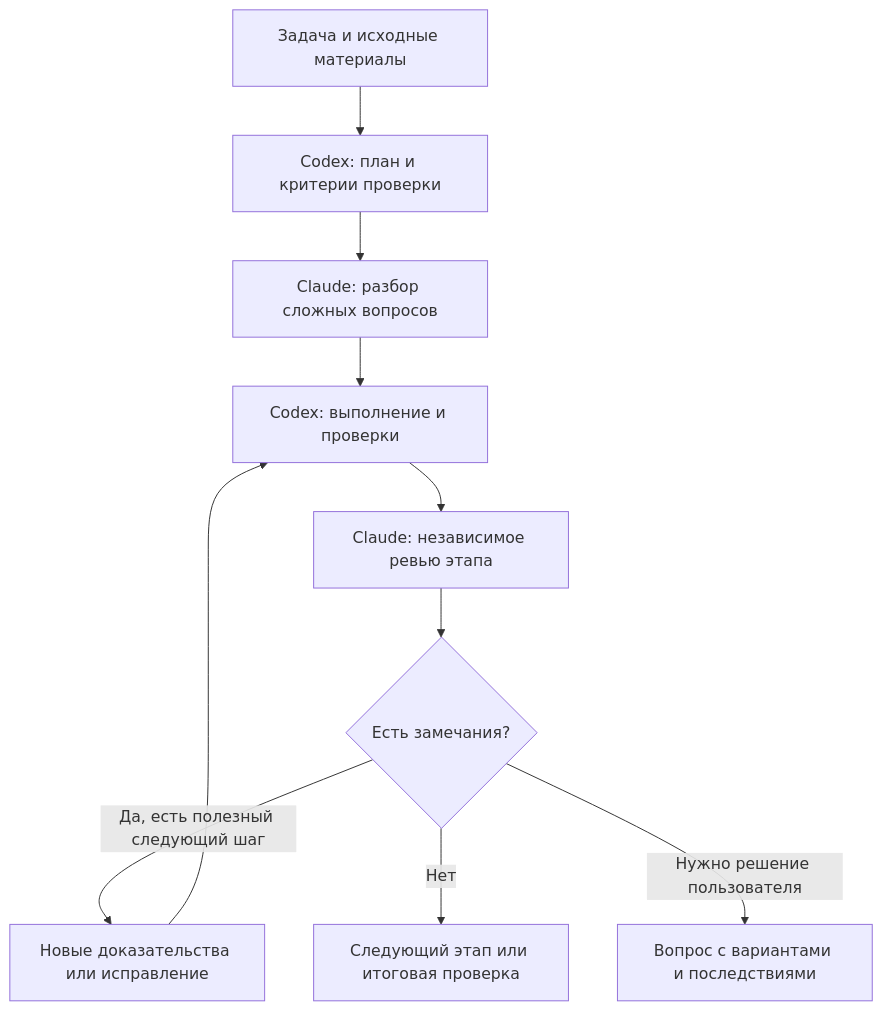
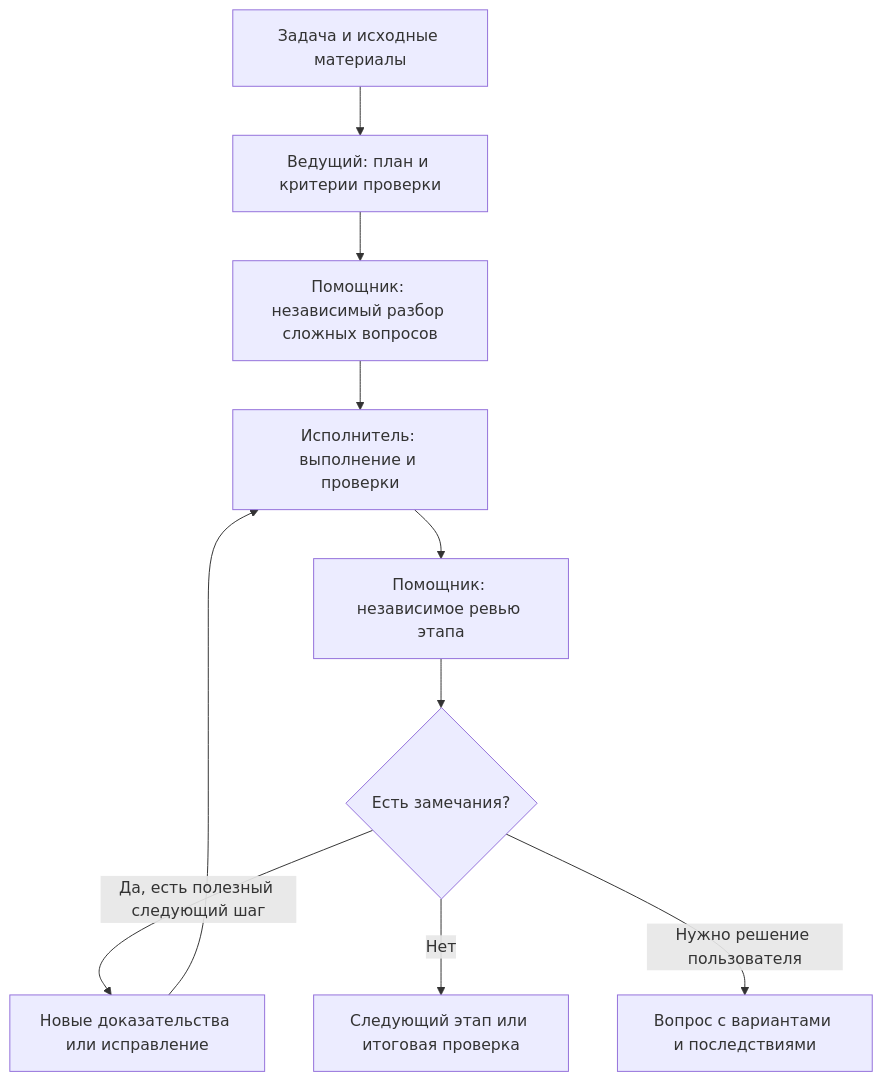
The diagram in README.md (ghYuriy/codex-claude-council), drawn with Mermaid before and after one commit. The commit also changed other lines of this file and 21 other files, not shown here.

````diff
--- a/README.md
+++ b/README.md
@@ -112,12 +112,12 @@
 ```mermaid
 flowchart TD
-    A[Задача и исходные материалы] --> B[Codex: план и критерии проверки]
-    B --> C[Claude: разбор сложных вопросов]
-    C --> D[Codex: выполнение и проверки]
-    D --> E[Claude: независимое ревью этапа]
+    A[Задача и исходные материалы] --> B[Ведущий: план и критерии проверки]
+    B --> C[Помощник: независимый разбор сложных вопросов]
+    C --> D[Исполнитель: выполнение и проверки]
+    D --> E[Помощник: независимое ревью этапа]
     E --> F{Есть замечания?}
     F -->|Да, есть полезный следующий шаг| G[Новые доказательства или исправление]
     G --> D
     F -->|Нет| H[Следующий этап или итоговая проверка]
     F -->|Нужно решение пользователя| I[Вопрос с вариантами и последствиями]
 ```
````
